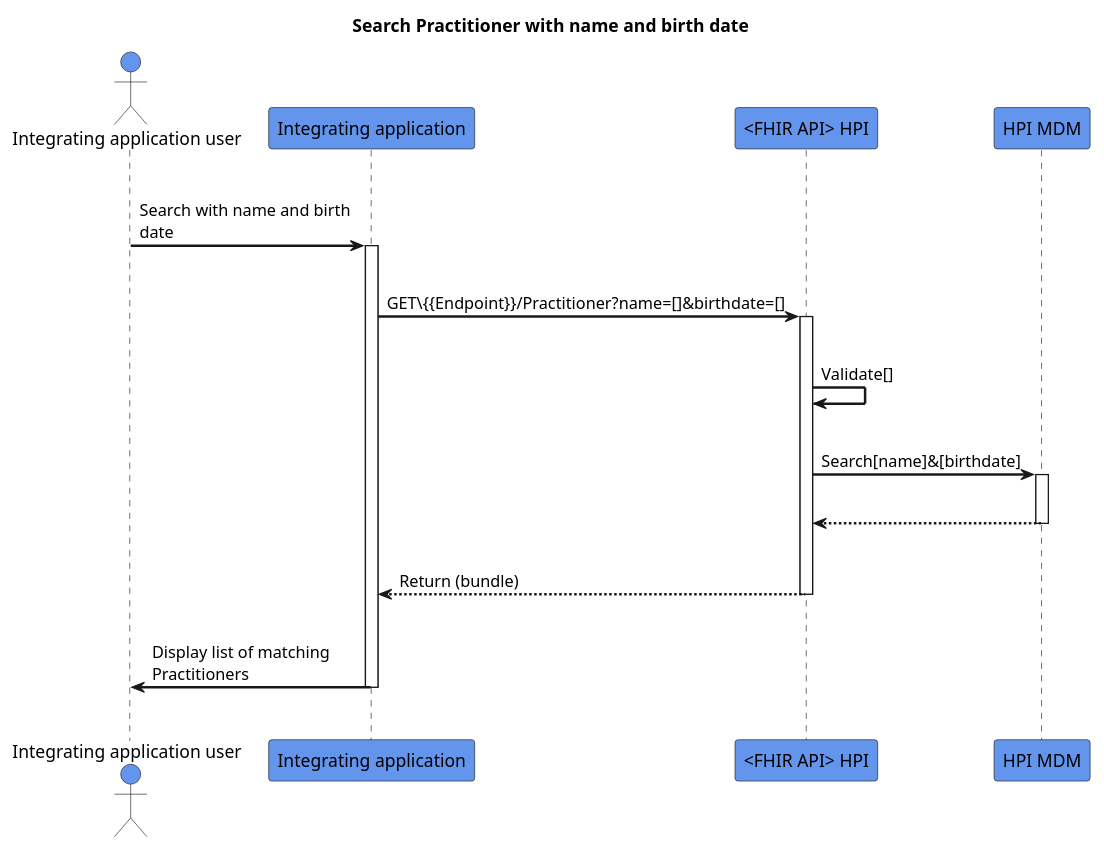
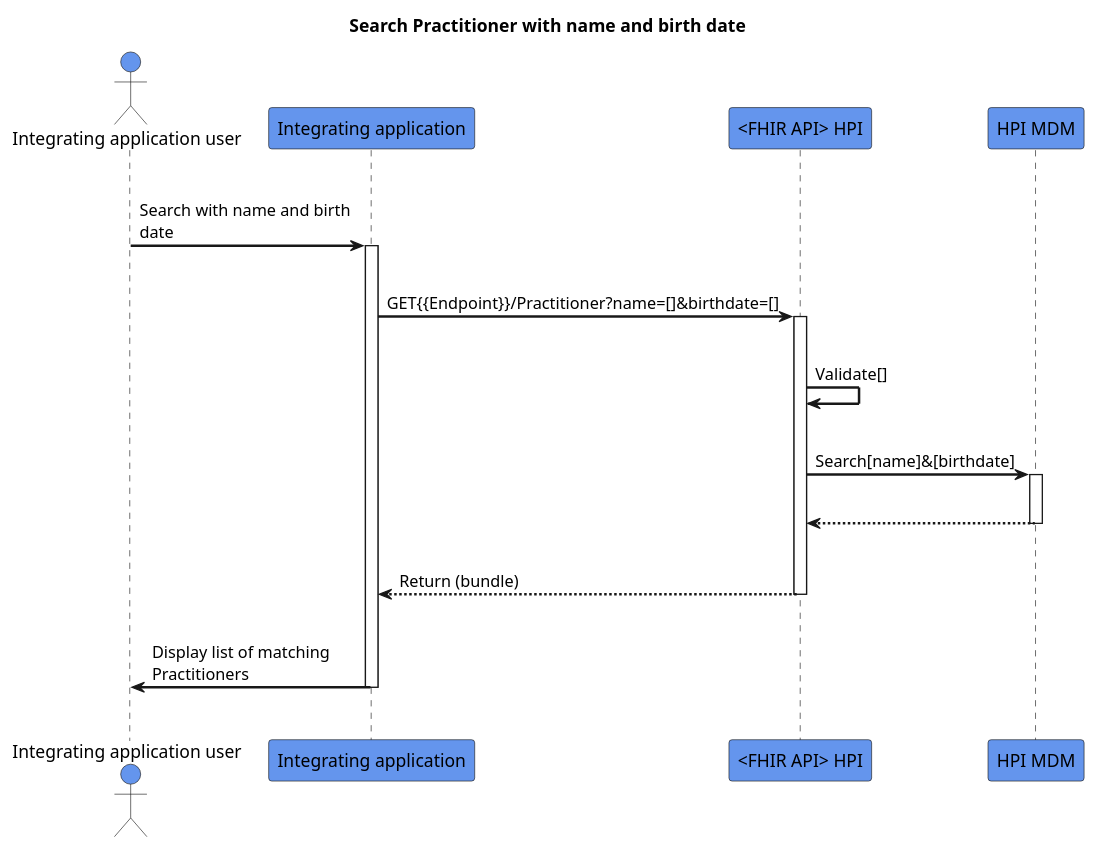
The diagram in input/images-source/search-practitionerwithnamebirthdate.plantuml (HL7NZ/hpi), drawn with PlantUML before and after one commit.

```diff
--- a/input/images-source/search-practitionerwithnamebirthdate.plantuml
+++ b/input/images-source/search-practitionerwithnamebirthdate.plantuml
@@ -1,32 +1,32 @@
 @startuml
 skinparam sequenceArrowThickness 2
 skinparam roundcorner 5
 skinparam maxmessagesize 180
 skinparam sequenceParticipant bold
 title Search Practitioner with name and birth date
 actor "Integrating application user" as User #CornflowerBlue
 participant "Integrating application" as A #CornflowerBlue
 participant "<FHIR API> HPI" as B #CornflowerBlue
 participant "HPI MDM" as C #CornflowerBlue
 |||
 User -> A: Search with name and birth date
 activate A
 |||
-A -> B: GET\{{Endpoint}}/Practitioner?name=[]&birthdate=[]
+A -> B: GET{{Endpoint}}/Practitioner?name=[]&birthdate=[]
 activate B
 |||
 B -> B: Validate[]
 |||
 B -> C: Search[name]&[birthdate]
 activate C
 |||
 C -[dashed]-> B:  
 deactivate C
 |||
 B -[dashed]-> A:Return (bundle)
 deactivate B
 |||
 A -> User: Display list of matching Practitioners
 deactivate A
 |||
 @enduml
```
